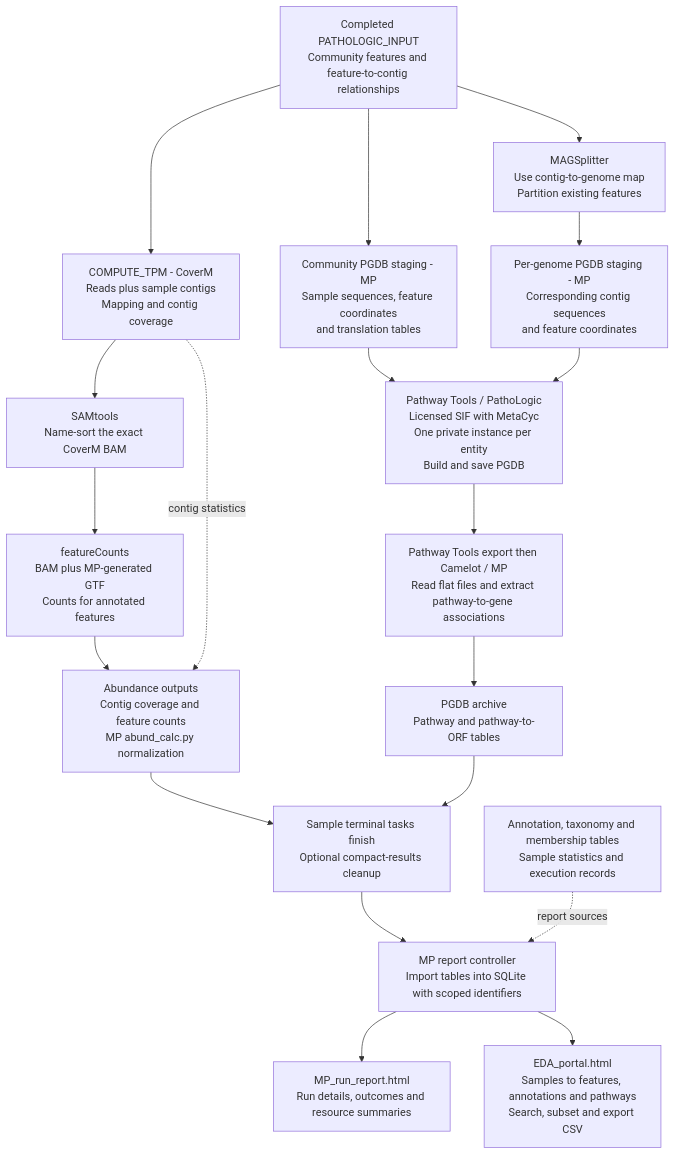
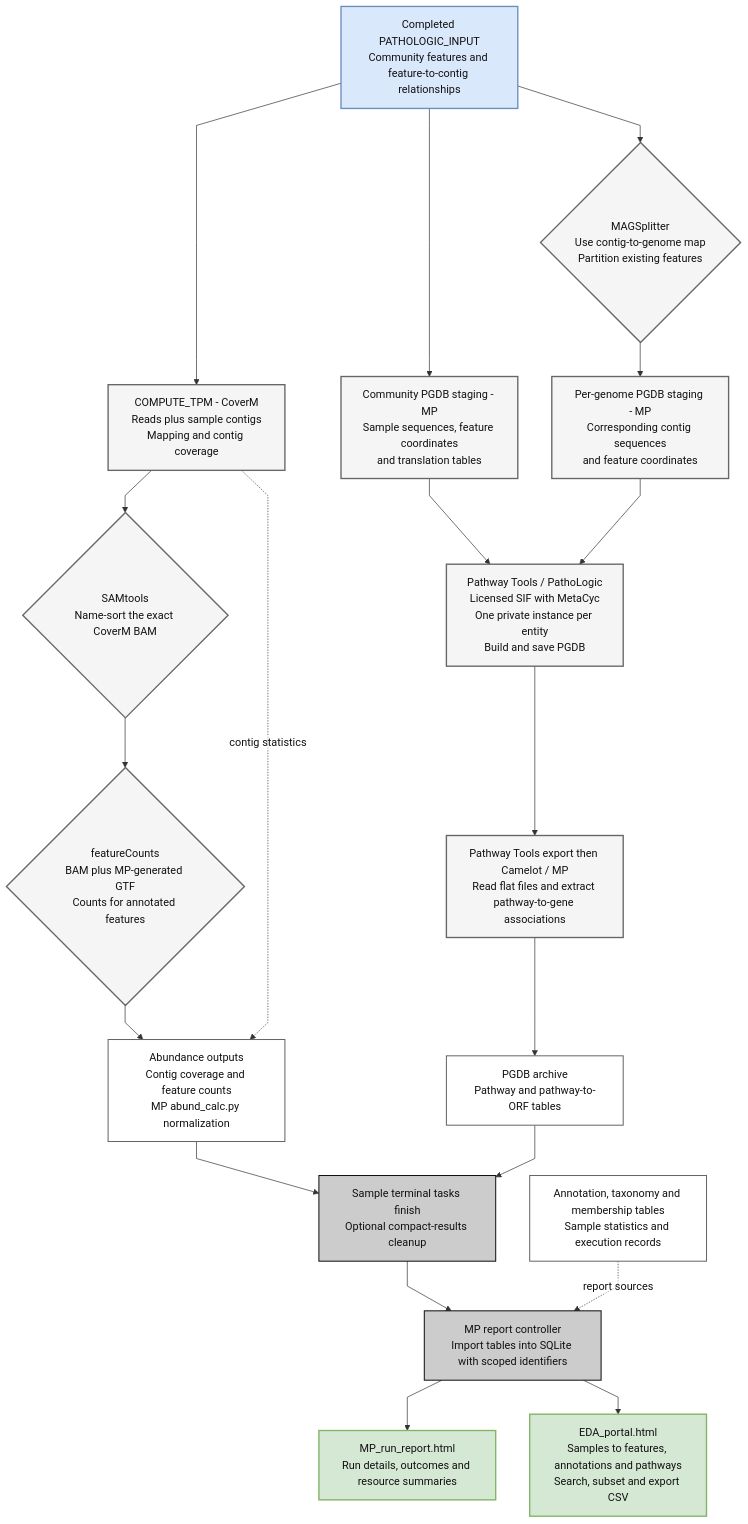
The third of 3 diagrams in docs/detailed-workflow.md (hallamlab/MetaPathways), drawn with Mermaid before and after one commit. The commit also changed other lines of this file and 10 other files, not shown here.

Commit message:
Adapt appnote workflow SVG and align documentation diagram styling

````diff
--- a/docs/detailed-workflow.md
+++ b/docs/detailed-workflow.md
@@ -91,21 +111,32 @@
 ```mermaid
+%%{init: {"theme":"base","fontFamily":"Times New Roman, Times, serif","themeVariables":{"fontFamily":"Times New Roman, Times, serif","fontSize":"16px","primaryColor":"#CCCCCC","primaryTextColor":"#111111","primaryBorderColor":"#666666","secondaryColor":"#DAE8FC","tertiaryColor":"#F5F5F5","lineColor":"#333333","edgeLabelBackground":"#FFFFFF","background":"#FFFFFF"},"flowchart":{"htmlLabels":false,"curve":"linear"}}}%%
 flowchart TB
     PI["Completed PATHOLOGIC_INPUT<br/>Community features and feature-to-contig relationships"] --> COV["COMPUTE_TPM - CoverM<br/>Reads plus sample contigs<br/>Mapping and contig coverage"]
-    COV --> BAM["SAMtools<br/>Name-sort the exact CoverM BAM"]
-    BAM --> FC["featureCounts<br/>BAM plus MP-generated GTF<br/>Counts for annotated features"]
+    COV --> BAM{"SAMtools<br/>Name-sort the exact CoverM BAM"}
+    BAM --> FC{"featureCounts<br/>BAM plus MP-generated GTF<br/>Counts for annotated features"}
     FC --> AB["Abundance outputs<br/>Contig coverage and feature counts<br/>MP abund_calc.py normalization"]
     COV -. contig statistics .-> AB
     PI --> COM["Community PGDB staging - MP<br/>Sample sequences, feature coordinates<br/>and translation tables"]
-    PI --> SPLIT["MAGSplitter<br/>Use contig-to-genome map<br/>Partition existing features"]
+    PI --> SPLIT{"MAGSplitter<br/>Use contig-to-genome map<br/>Partition existing features"}
     SPLIT --> MAG["Per-genome PGDB staging - MP<br/>Corresponding contig sequences<br/>and feature coordinates"]
     COM --> PT["Pathway Tools / PathoLogic<br/>Licensed SIF with MetaCyc<br/>One private instance per entity<br/>Build and save PGDB"]
     MAG --> PT
     PT --> EXPORT["Pathway Tools export then Camelot / MP<br/>Read flat files and extract pathway-to-gene associations"]
     EXPORT --> PW["PGDB archive<br/>Pathway and pathway-to-ORF tables"]
     AB --> DONE["Sample terminal tasks finish<br/>Optional compact-results cleanup"]
     PW --> DONE
     DONE --> REPORT["MP report controller<br/>Import tables into SQLite with scoped identifiers"]
     AN["Annotation, taxonomy and membership tables<br/>Sample statistics and execution records"] -. report sources .-> REPORT
     REPORT --> HTML["MP_run_report.html<br/>Run details, outcomes and resource summaries"]
     REPORT --> EDA["EDA_portal.html<br/>Samples to features, annotations and pathways<br/>Search, subset and export CSV"]
+    classDef module fill:#CCCCCC,stroke:#111111,stroke-width:1.5px,color:#111111;
+    classDef compute fill:#F5F5F5,stroke:#666666,stroke-width:2px,color:#111111;
+    classDef input fill:#DAE8FC,stroke:#6C8EBF,stroke-width:2px,color:#111111;
+    classDef output fill:#D5E8D4,stroke:#82B366,stroke-width:2px,color:#111111;
+    classDef data fill:#FFFFFF,stroke:#666666,stroke-width:1.5px,color:#111111;
+    class PI input;
+    class COV,BAM,FC,COM,SPLIT,MAG,PT,EXPORT compute;
+    class AB,PW,AN data;
+    class DONE,REPORT module;
+    class HTML,EDA output;
 ```
````
